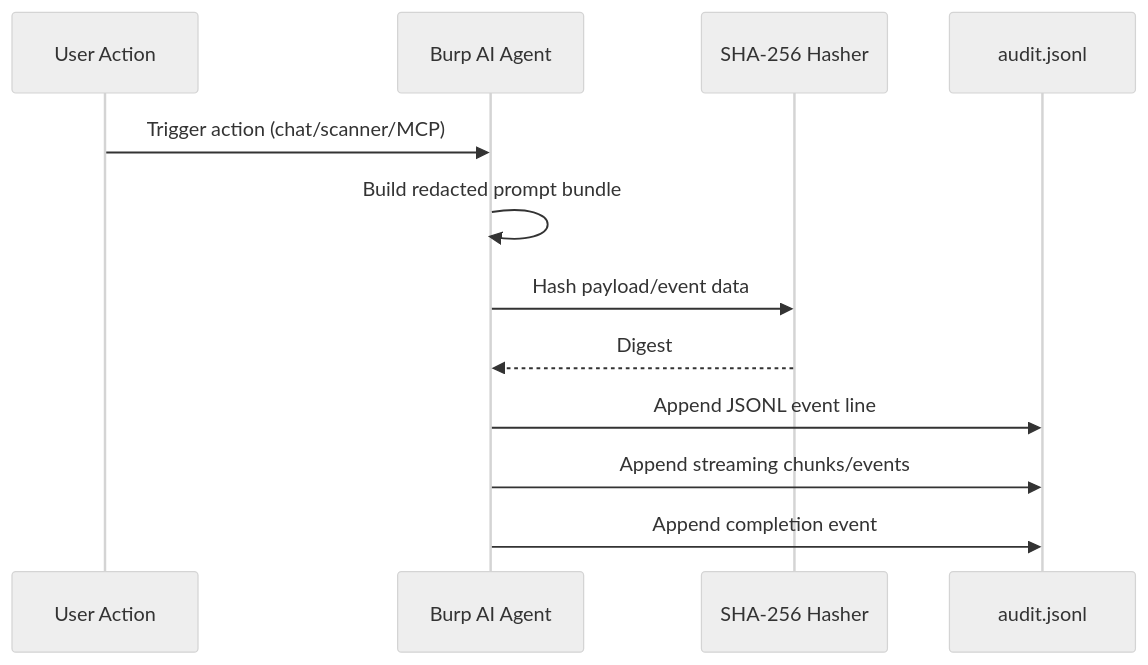
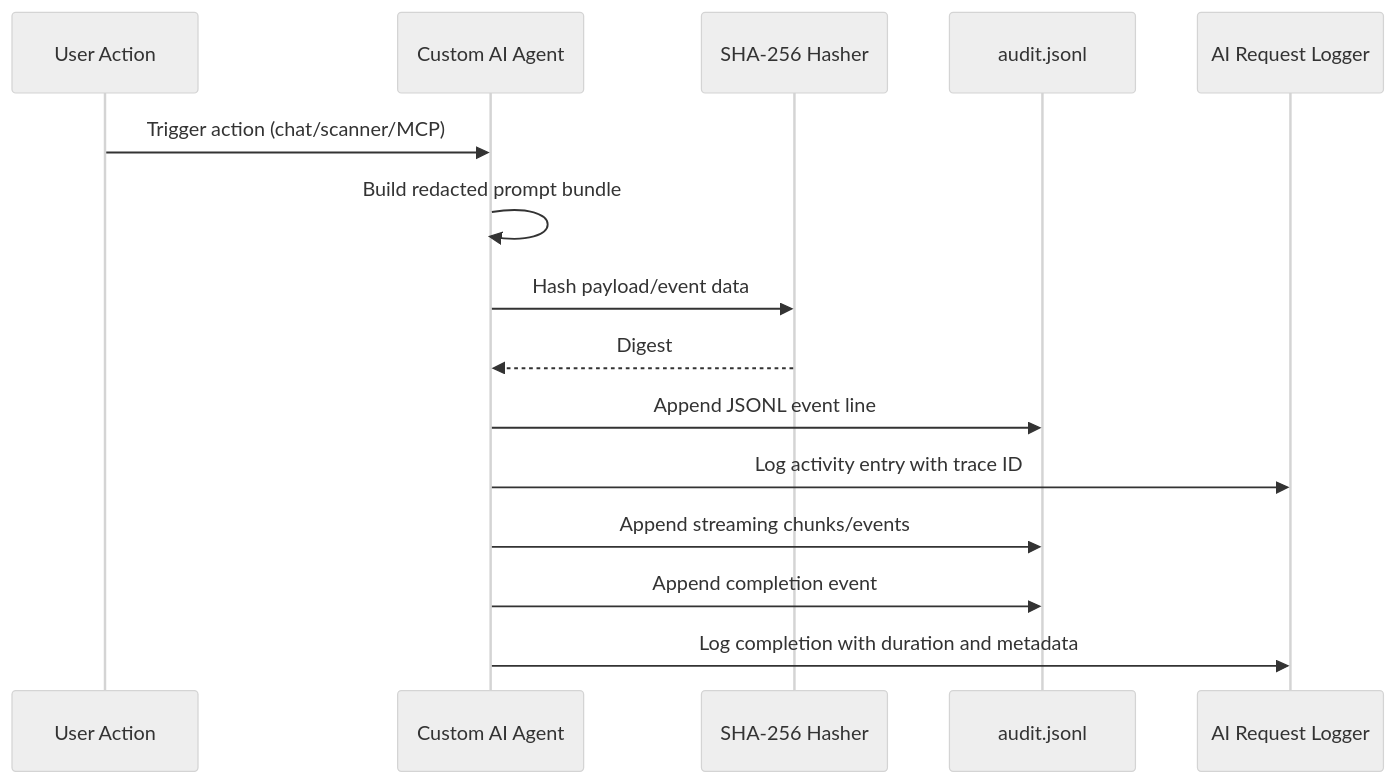
One commit to six2dez/burp-ai-agent-docs changed the diagram in privacy/audit-logging.md. Above: the diagram before and after it, drawn with Mermaid (neutral theme). The commit also changed other lines of this file and 43 other files, not shown here.

````diff
--- a/privacy/audit-logging.md
+++ b/privacy/audit-logging.md
@@ -7,15 +7,18 @@
 ```mermaid
 sequenceDiagram
     participant User as User Action
-    participant App as Burp AI Agent
+    participant App as Custom AI Agent
     participant Hash as SHA-256 Hasher
     participant Log as audit.jsonl
+    participant Logger as AI Request Logger
 
     User->>App: Trigger action (chat/scanner/MCP)
     App->>App: Build redacted prompt bundle
     App->>Hash: Hash payload/event data
     Hash-->>App: Digest
     App->>Log: Append JSONL event line
+    App->>Logger: Log activity entry with trace ID
     App->>Log: Append streaming chunks/events
     App->>Log: Append completion event
+    App->>Logger: Log completion with duration and metadata
 ```
````
